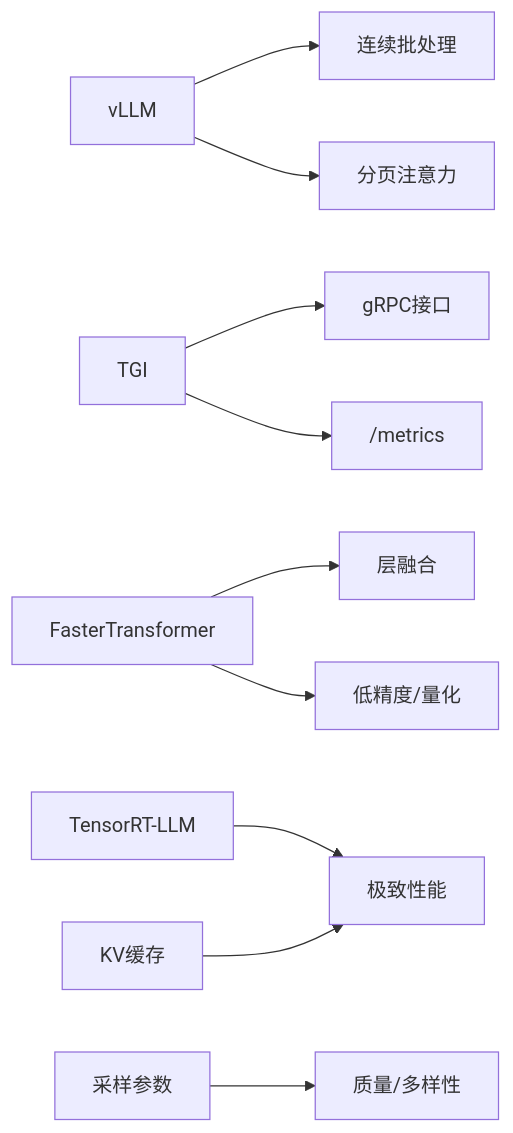
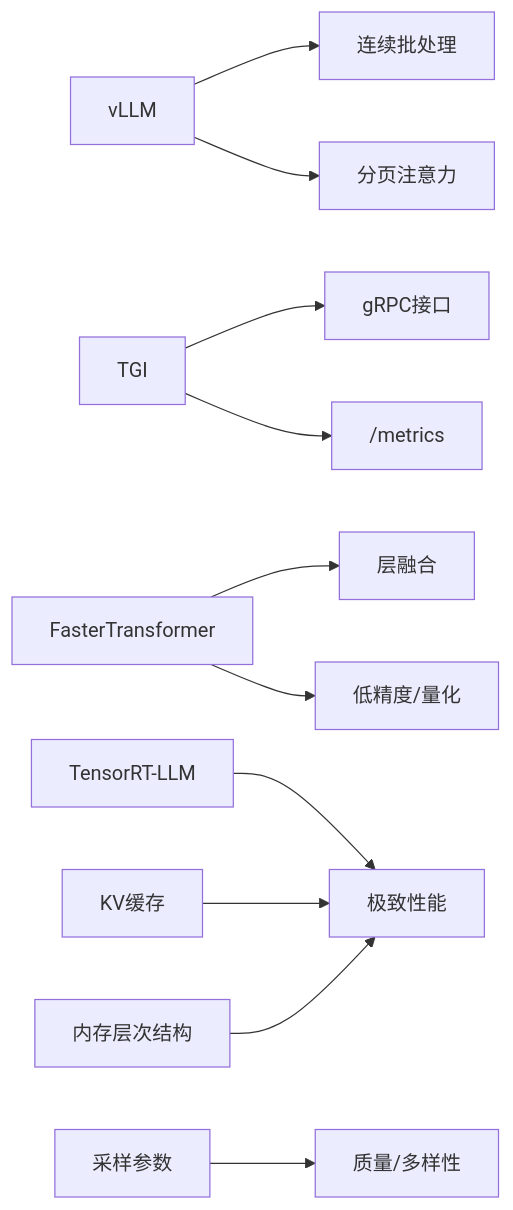
The eighth of 8 diagrams in .qoder/repowiki/zh/content/推理优化/推理实践案例.md (Mr-Yoje/llm_interview_note), drawn with Mermaid before and after one commit. The commit also changed other lines of this file and 14 other files, not shown here.

````diff
--- a/.qoder/repowiki/zh/content/推理优化/推理实践案例.md
+++ b/.qoder/repowiki/zh/content/推理优化/推理实践案例.md
@@ -247,12 +273,13 @@
 ```mermaid
 graph LR
 vLLM["vLLM"] --> Batch["连续批处理"]
 vLLM --> Paged["分页注意力"]
 TGI["TGI"] --> GRPC["gRPC接口"]
 TGI --> Metrics["/metrics"]
 FT["FasterTransformer"] --> Fusion["层融合"]
 FT --> Quant["低精度/量化"]
 TRT["TensorRT-LLM"] --> Perf["极致性能"]
 Params["采样参数"] --> Quality["质量/多样性"]
 KV["KV缓存"] --> Perf
+Mem["内存层次结构"] --> Perf
 ```
````
